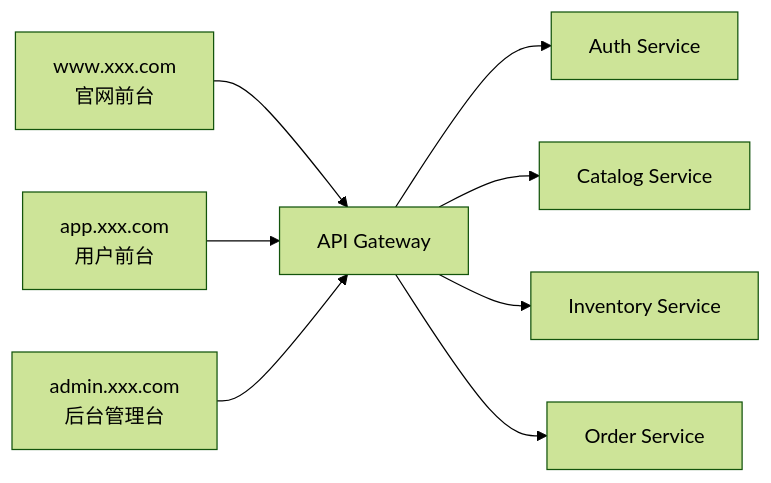
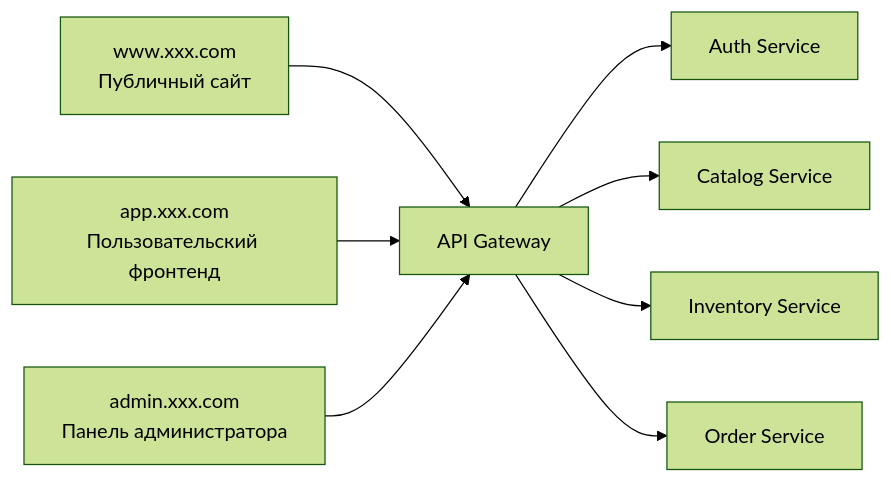
Before and after one commit to Libertad-Harbour-LLC/study_vibe: the first of 2 diagrams in docs/ru-ru/stage-2/assignments/simple-grocery-microservices/PRD.md, drawn with Mermaid (forest theme). The commit also changed other lines of this file and 17 other files, not shown here.

````diff
--- a/docs/ru-ru/stage-2/assignments/simple-grocery-microservices/PRD.md
+++ b/docs/ru-ru/stage-2/assignments/simple-grocery-microservices/PRD.md
@@ -21,10 +21,10 @@
 ```mermaid
 flowchart LR
-  WWW["www.xxx.com<br/>官网前台"] --> GW["API Gateway"]
-  APP["app.xxx.com<br/>用户前台"] --> GW
-  ADMIN["admin.xxx.com<br/>后台管理台"] --> GW
+  WWW["www.xxx.com<br/>Публичный сайт"] --> GW["API Gateway"]
+  APP["app.xxx.com<br/>Пользовательский фронтенд"] --> GW
+  ADMIN["admin.xxx.com<br/>Панель администратора"] --> GW
   GW --> AUTH["Auth Service"]
   GW --> CATALOG["Catalog Service"]
   GW --> INVENTORY["Inventory Service"]
   GW --> ORDER["Order Service"]
 ```
````
